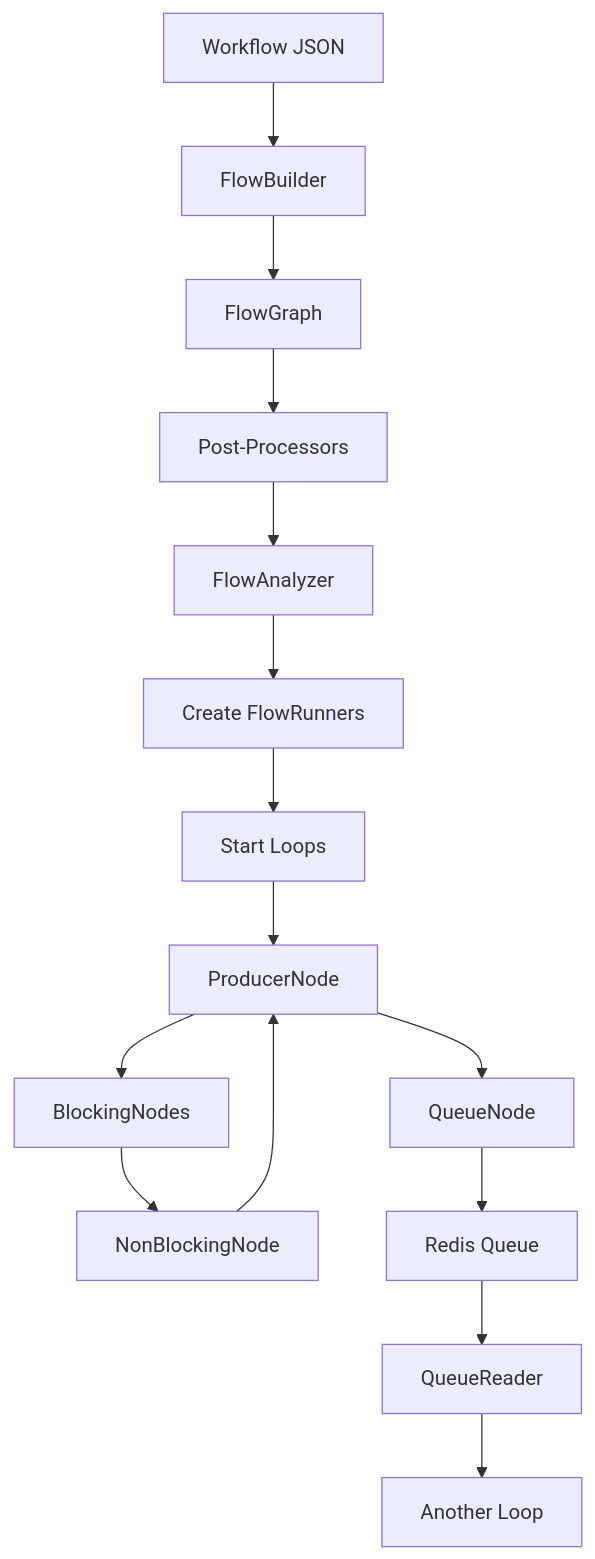
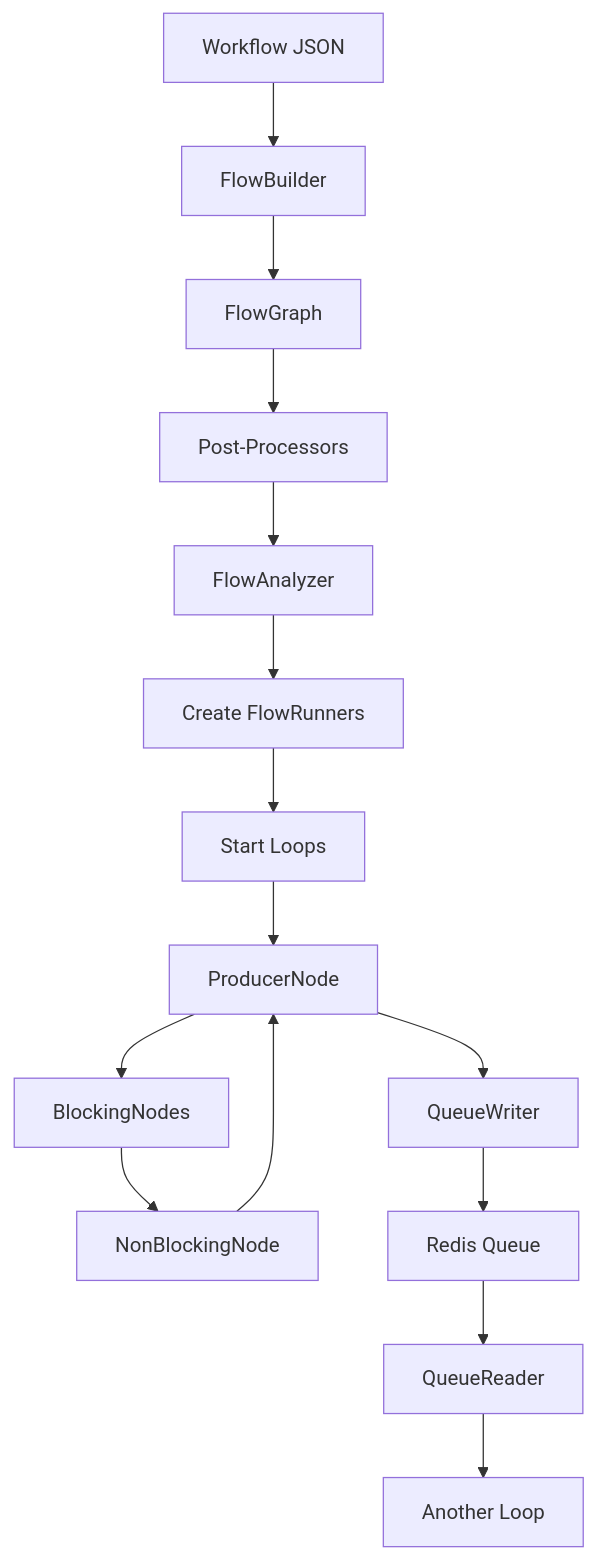
One commit to Roshan-yadav-evil-genius/TheOneEye-Backend changed the fifth of 6 diagrams in docs/01-Architecture-Overview.md. Above: the diagram before and after it, drawn with Mermaid. The commit also changed other lines of this file and 10 other files, not shown here.

````diff
--- a/docs/01-Architecture-Overview.md
+++ b/docs/01-Architecture-Overview.md
@@ -229,17 +229,17 @@
 ```mermaid
 flowchart TD
     A[Workflow JSON] --> B[FlowBuilder]
     B --> C[FlowGraph]
     C --> D[Post-Processors]
     D --> E[FlowAnalyzer]
     E --> F[Create FlowRunners]
     F --> G[Start Loops]
     G --> H[ProducerNode]
     H --> I[BlockingNodes]
     I --> J[NonBlockingNode]
     J --> H
-    H --> K[QueueNode]
+    H --> K[QueueWriter]
     K --> L[Redis Queue]
     L --> M[QueueReader]
     M --> N[Another Loop]
 ```
````
